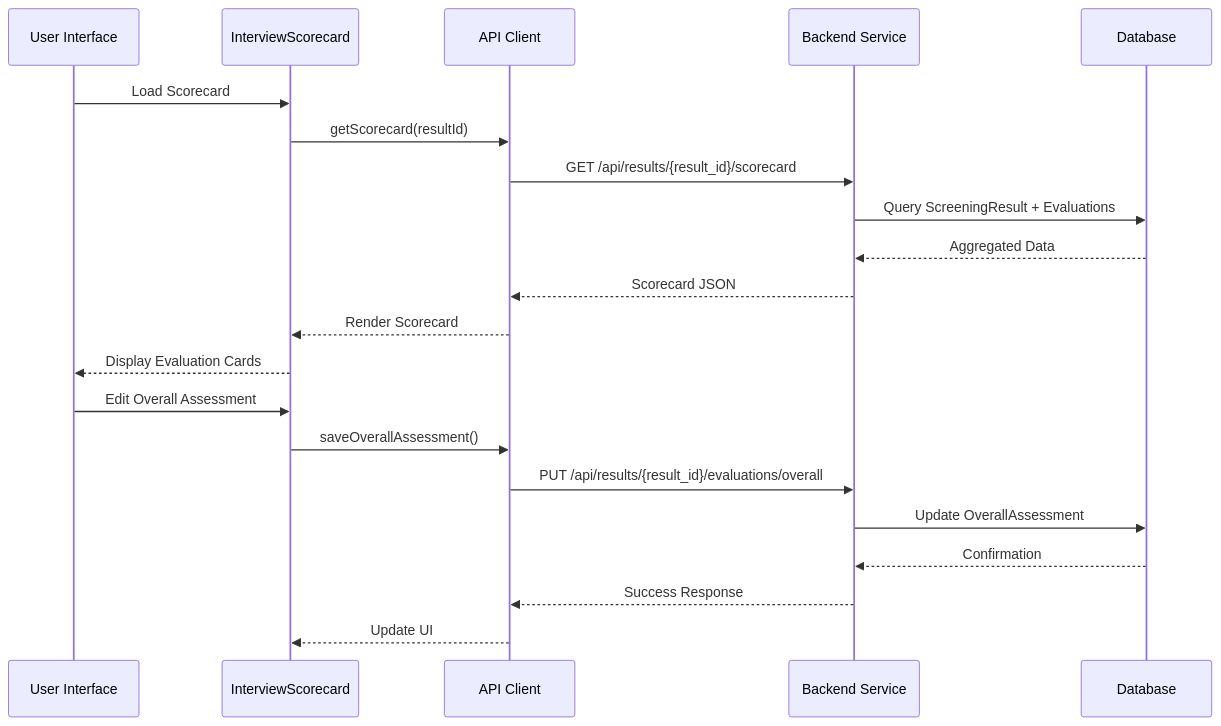
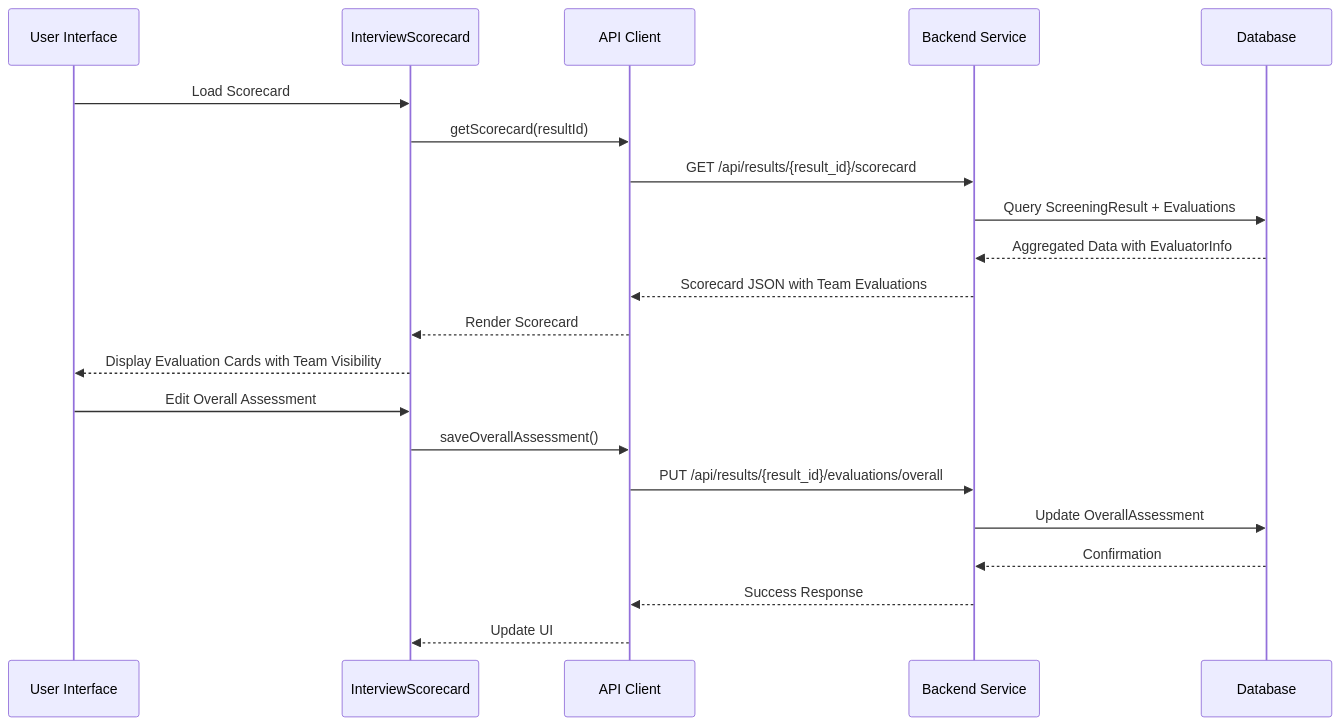
One commit to Revanththetalogics/aireume changed the second of 8 diagrams in .qoder/repowiki/en/content/Frontend Architecture/Component Library/Interview Scorecard Component.md. Above: the diagram before and after it, drawn with Mermaid. The commit also changed other lines of this file and 6 other files, not shown here.

````diff
--- a/.qoder/repowiki/en/content/Frontend Architecture/Component Library/Interview Scorecard Component.md
+++ b/.qoder/repowiki/en/content/Frontend Architecture/Component Library/Interview Scorecard Component.md
@@ -88,23 +102,23 @@
 ```mermaid
 sequenceDiagram
 participant User as User Interface
 participant IS as InterviewScorecard
 participant API as API Client
 participant BE as Backend Service
 participant DB as Database
 User->>IS : Load Scorecard
 IS->>API : getScorecard(resultId)
 API->>BE : GET /api/results/{result_id}/scorecard
 BE->>DB : Query ScreeningResult + Evaluations
-DB-->>BE : Aggregated Data
-BE-->>API : Scorecard JSON
+DB-->>BE : Aggregated Data with EvaluatorInfo
+BE-->>API : Scorecard JSON with Team Evaluations
 API-->>IS : Render Scorecard
-IS-->>User : Display Evaluation Cards
+IS-->>User : Display Evaluation Cards with Team Visibility
 User->>IS : Edit Overall Assessment
 IS->>API : saveOverallAssessment()
 API->>BE : PUT /api/results/{result_id}/evaluations/overall
 BE->>DB : Update OverallAssessment
 DB-->>BE : Confirmation
 BE-->>API : Success Response
 API-->>IS : Update UI
 ```
````
